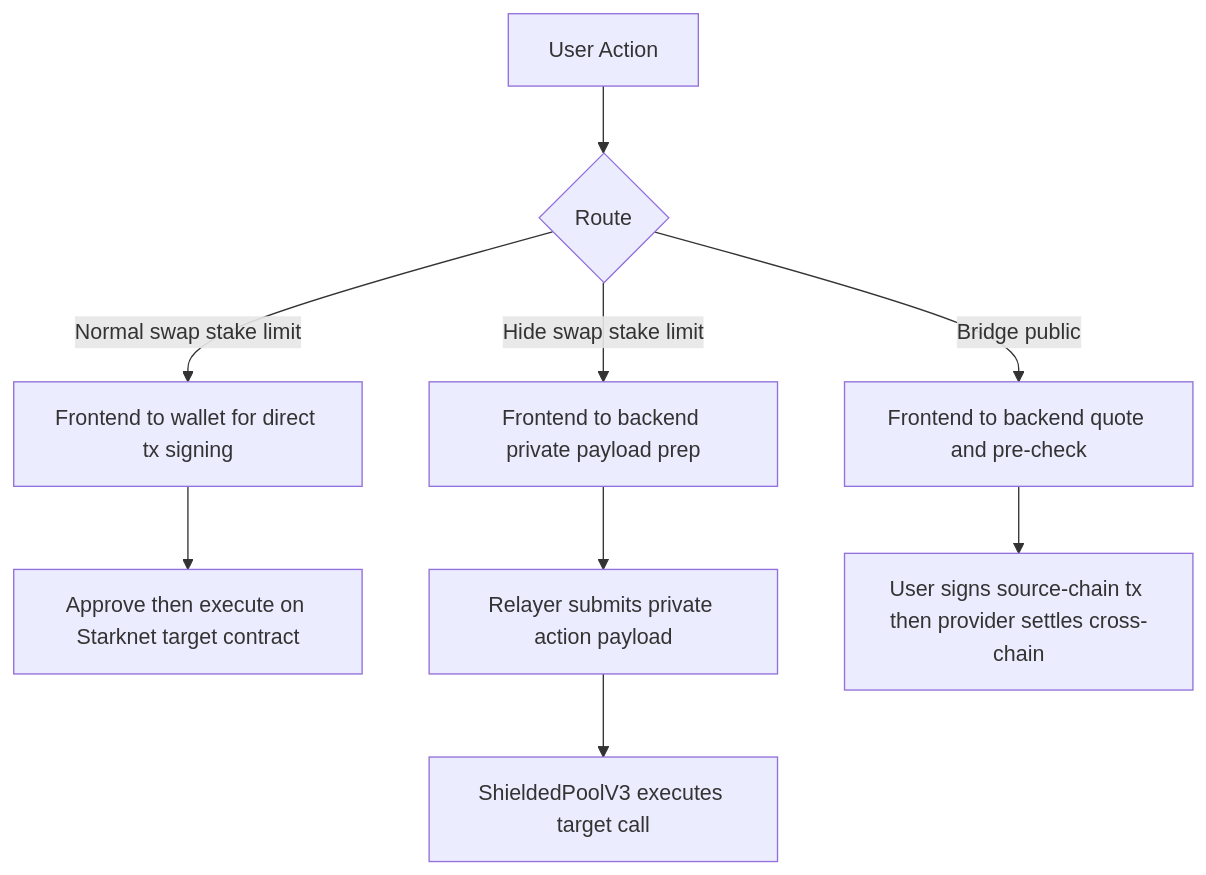
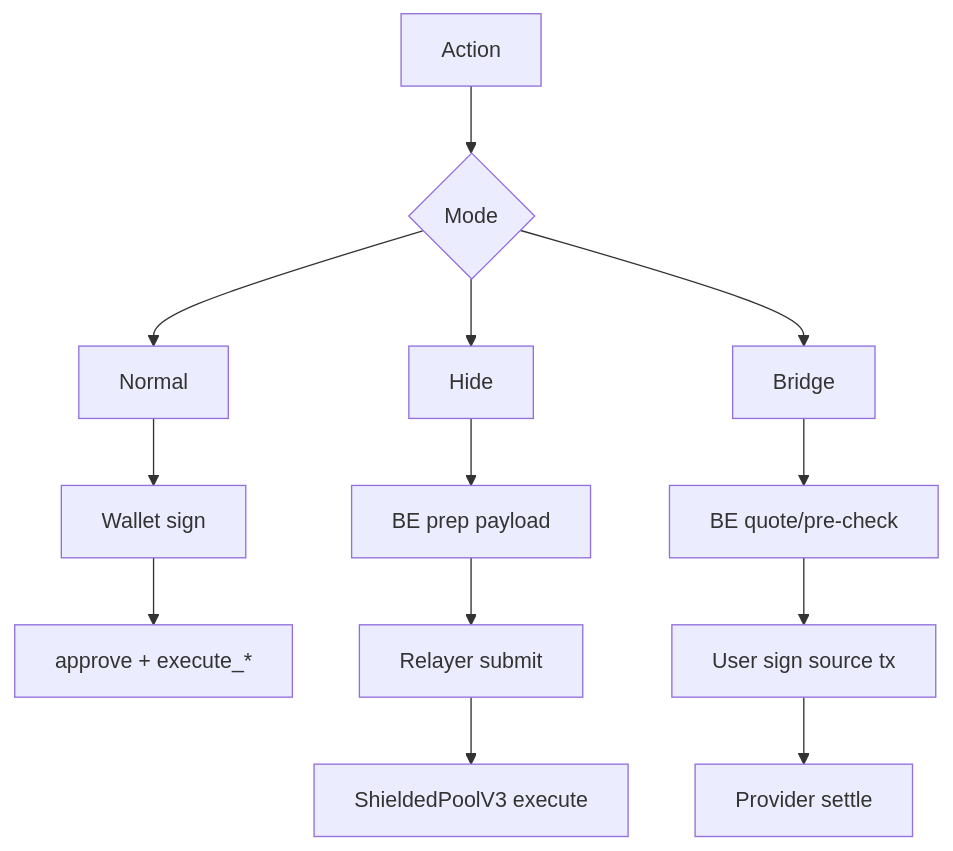
One commit to ntfound-dev/zkcarel_protocol changed the second of 3 diagrams in README.md. Above: the diagram before and after it, drawn with Mermaid.

Commit message:
docs: make execution modes diagram compact and vertical

````diff
--- a/README.md
+++ b/README.md
@@ -142,11 +142,18 @@
 ```mermaid
 flowchart TD
-  A["User Action"] --> B{"Route"}
-  B -->|Normal swap stake limit| C["Frontend to wallet for direct tx signing"]
-  B -->|Hide swap stake limit| D["Frontend to backend private payload prep"]
-  B -->|Bridge public| H["Frontend to backend quote and pre-check"]
-  C --> E["Approve then execute on Starknet target contract"]
-  D --> F["Relayer submits private action payload"]
-  F --> G["ShieldedPoolV3 executes target call"]
-  H --> I["User signs source-chain tx then provider settles cross-chain"]
+  A["Action"] --> B{"Mode"}
+
+  B --> C["Normal"]
+  C --> C1["Wallet sign"]
+  C1 --> C2["approve + execute_*"]
+
+  B --> D["Hide"]
+  D --> D1["BE prep payload"]
+  D1 --> D2["Relayer submit"]
+  D2 --> D3["ShieldedPoolV3 execute"]
+
+  B --> H["Bridge"]
+  H --> H1["BE quote/pre-check"]
+  H1 --> H2["User sign source tx"]
+  H2 --> H3["Provider settle"]
 ```
````
